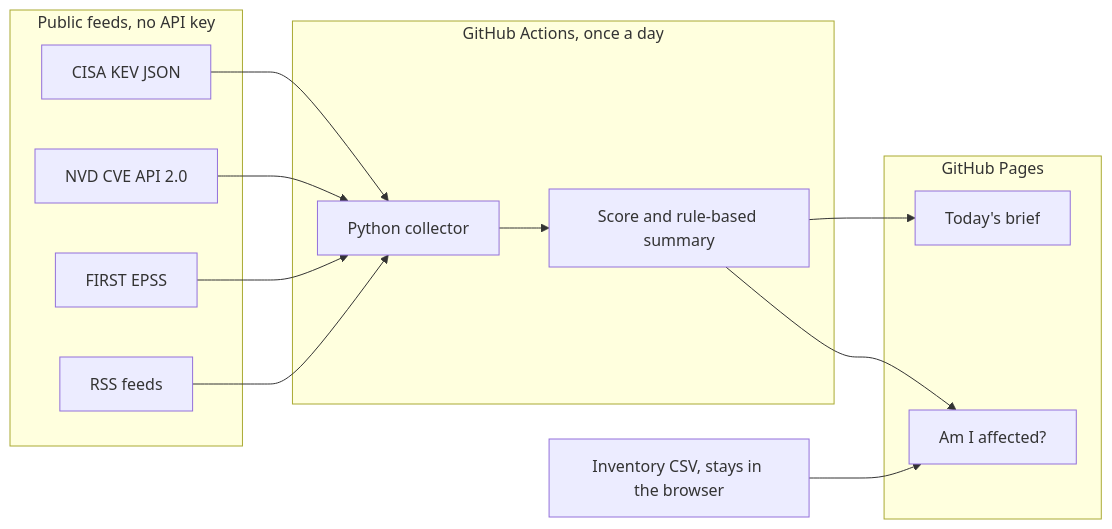
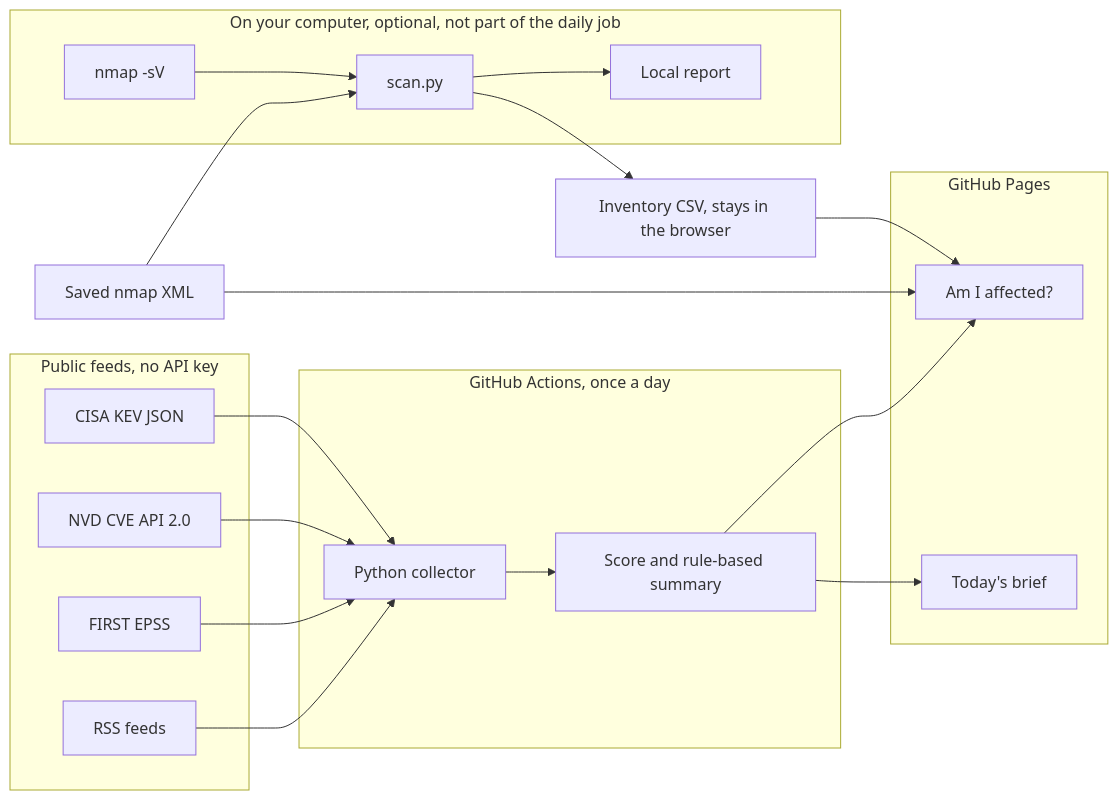
One commit to Lawrence-Flash/AI_Assistant changed the diagram in threat-brief/README.md. Above: the diagram before and after it, drawn with Mermaid. The commit also changed other lines of this file and 18 other files, not shown here.

First line of the commit message:
feat: add a local nmap inventory and report

````diff
--- a/threat-brief/README.md
+++ b/threat-brief/README.md
@@ -51,25 +53,35 @@
 ```mermaid
 flowchart LR
   subgraph feeds [Public feeds, no API key]
     KEV[CISA KEV JSON]
     NVD[NVD CVE API 2.0]
     EPSS[FIRST EPSS]
     RSS[RSS feeds]
   end
   subgraph job [GitHub Actions, once a day]
     COL[Python collector]
     SCORE[Score and rule-based summary]
   end
   subgraph site [GitHub Pages]
     BRIEF[Today's brief]
     CHECK[Am I affected?]
   end
   KEV --> COL
   NVD --> COL
   EPSS --> COL
   RSS --> COL
   COL --> SCORE
   SCORE --> BRIEF
   SCORE --> CHECK
   CSV[Inventory CSV, stays in the browser] --> CHECK
+  subgraph local [On your computer, optional, not part of the daily job]
+    NMAP[nmap -sV]
+    SCAN[scan.py]
+    REPORT[Local report]
+  end
+  NMAP --> SCAN
+  XML[Saved nmap XML] --> SCAN
+  SCAN --> CSV
+  SCAN --> REPORT
+  XML --> CHECK
 ```
````
